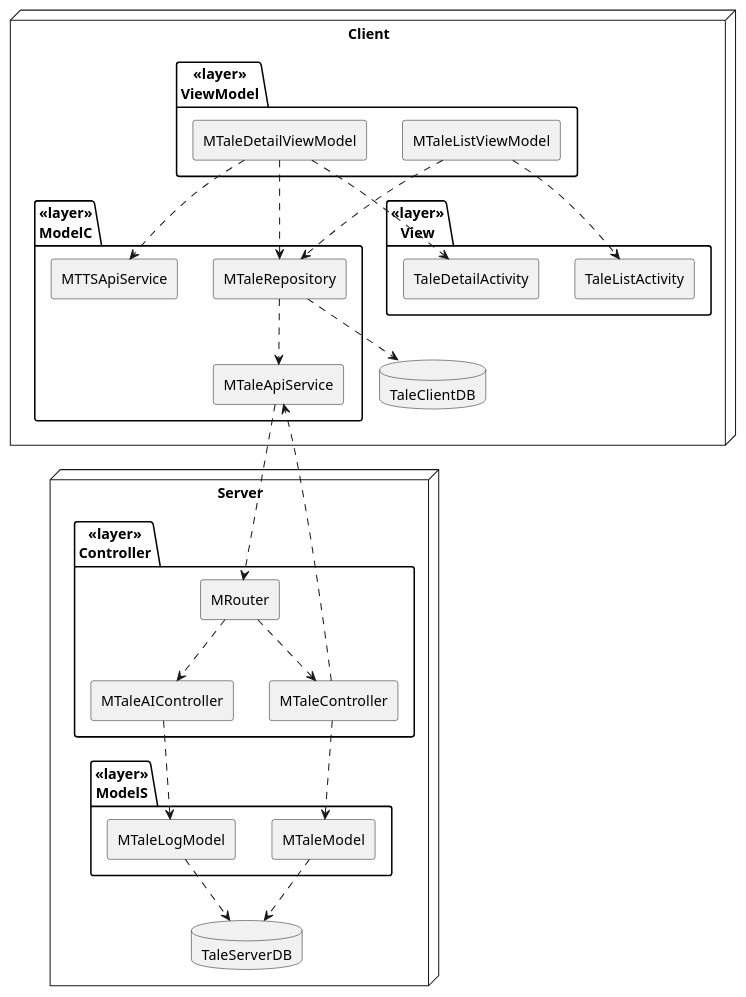
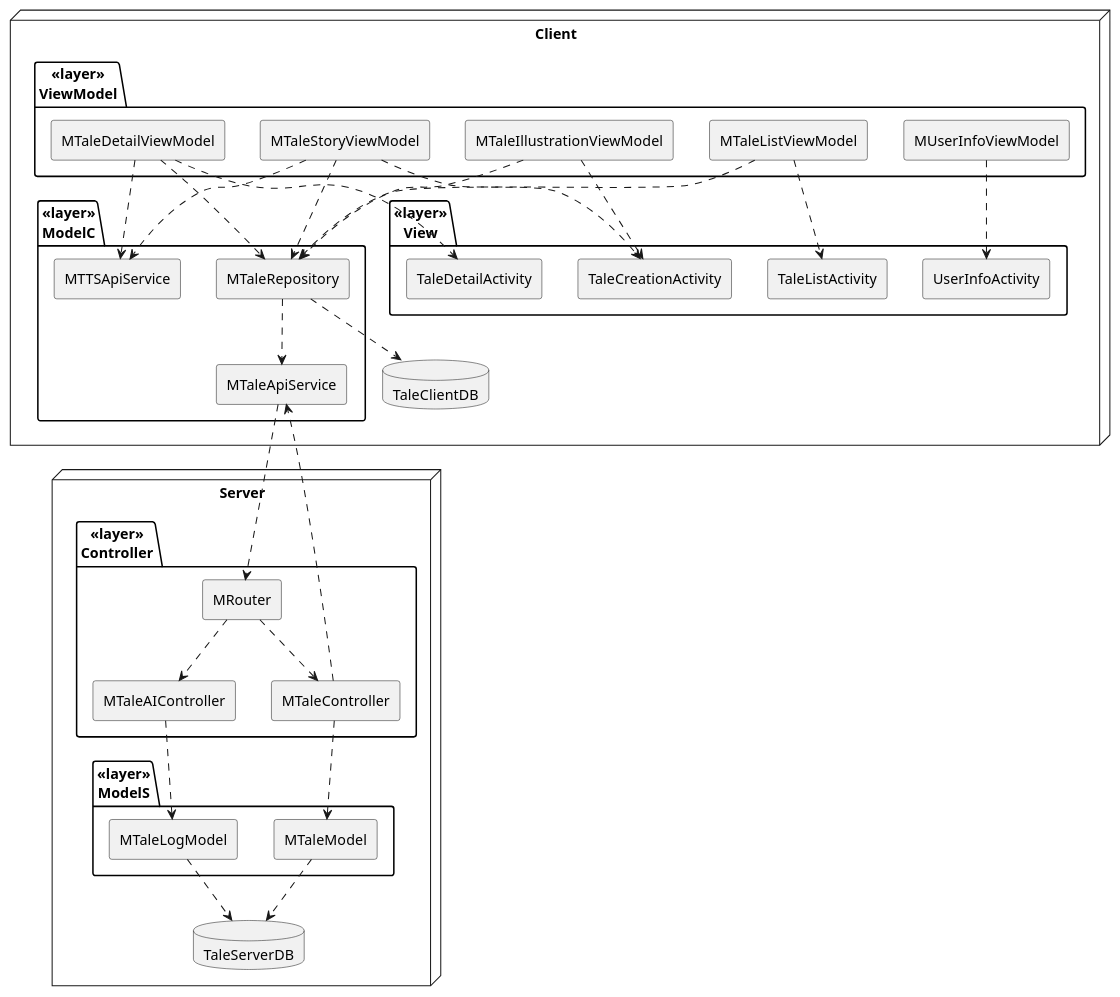
The diagram in design/UML/LV2_module_phase2.wsd (judy-juyeon-park/KTP522), drawn with PlantUML before and after one commit. The commit also changed 1 other file, not shown here.

```diff
--- a/design/UML/LV2_module_phase2.wsd
+++ b/design/UML/LV2_module_phase2.wsd
@@ -1,65 +1,79 @@
 @startuml lv2_module
 skinparam componentStyle rectangle
 
 node Client{
     package <<layer>>\nModelC {
         component MTaleRepository as TaleRepository
         component MTaleApiService as TaleApiService
         component MTTSApiService as TTSApiService
     }
 
     package <<layer>>\nViewModel {
         component MTaleListViewModel as TaleListViewModel
         component MTaleDetailViewModel as TaleDetailViewModel
+        component MUserInfoViewModel as UserInfoViewModel
+        component MTaleStoryViewModel as TaleStoryViewModel
+        component MTaleIllustrationViewModel as TaleIllustrationViewModel
     }
 
     package <<layer>>\nView {
         component TaleListActivity
         component TaleDetailActivity
+        component UserInfoActivity
+        component TaleCreationActivity
     }
 
     database TaleClientDB
 }
 
 
 
 node Server {
 
     package <<layer>>\nController {
         component MRouter as Router
         component MTaleController as TaleController
         component MTaleAIController as TaleAIController
     }
 
     package <<layer>>\nModelS {
         component MTaleModel as TaleModel
         component MTaleLogModel as TaleLogModel
     }
 
     database TaleServerDB
 }
 
 Router ..> TaleController
 TaleController ..> TaleModel
 TaleModel ..> TaleServerDB
 
 Router ..> TaleAIController
 TaleAIController ..> TaleLogModel
 TaleLogModel ..> TaleServerDB
 
 TaleRepository ..> TaleClientDB
 TaleRepository ..> TaleApiService
 TaleDetailViewModel ..> TTSApiService
 
 TaleListViewModel ..> TaleRepository
 TaleDetailViewModel ..> TaleRepository
 
 TaleListViewModel ..> TaleListActivity
 TaleDetailViewModel ..> TaleDetailActivity
 
+TaleStoryViewModel ..> TaleRepository
+TaleStoryViewModel ..> TaleCreationActivity
+TaleStoryViewModel ..> TTSApiService
+
+TaleIllustrationViewModel ..> TaleRepository
+TaleIllustrationViewModel ..> TaleCreationActivity
+
+UserInfoViewModel ..> UserInfoActivity
+
 TaleApiService ..> Router
 TaleController ..> TaleApiService
 
 
 
 @enduml
```
